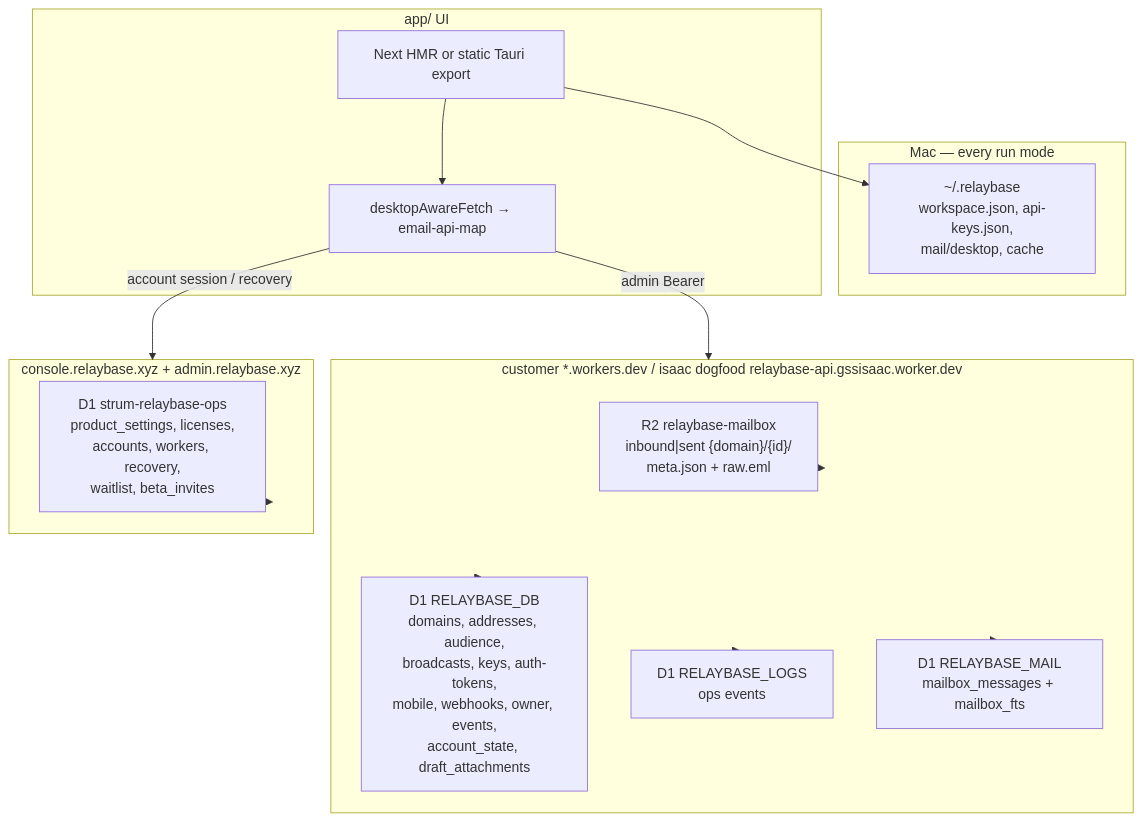
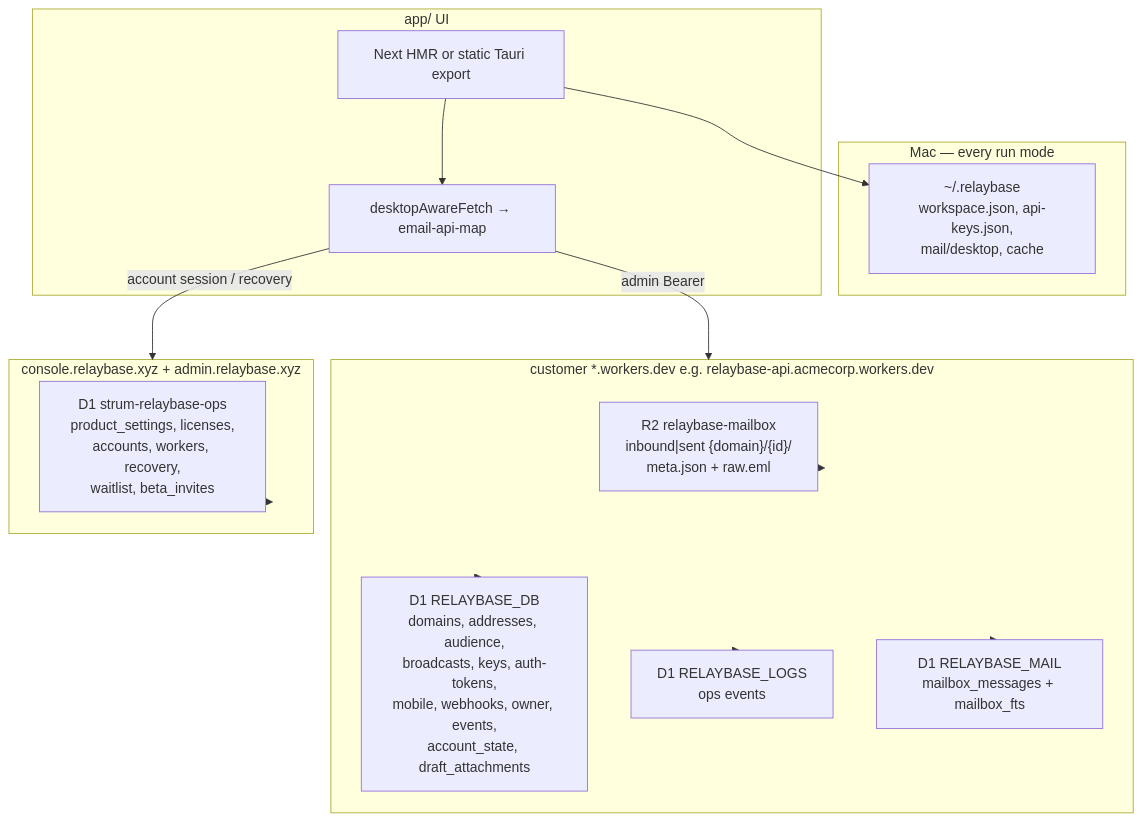
One commit to gssisaac/relaybase changed the diagram in docs/architecture/storage-architecture.md. Above: the diagram before and after it, drawn with Mermaid. The commit also changed 31 other files, not shown here.

````diff
--- a/docs/architecture/storage-architecture.md
+++ b/docs/architecture/storage-architecture.md
@@ -26,28 +26,28 @@
 ```mermaid
 flowchart TB
   subgraph local [Mac — every run mode]
     Home["~/.relaybase\nworkspace.json, api-keys.json,\nmail/desktop, cache"]
   end
   subgraph client [app/ UI]
     UI["Next HMR or static Tauri export"]
     Fetch["desktopAwareFetch → email-api-map"]
   end
-  subgraph worker [customer *.workers.dev / isaac dogfood relaybase-api.gssisaac.worker.dev]
+  subgraph worker [customer *.workers.dev e.g. relaybase-api.acmecorp.workers.dev]
     R2["R2 relaybase-mailbox\ninbound|sent {domain}/{id}/\nmeta.json + raw.eml"]
     D1App["D1 RELAYBASE_DB\ndomains, addresses, audience,\nbroadcasts, keys, auth-tokens,\nmobile, webhooks, owner, events,\naccount_state, draft_attachments"]
     D1["D1 RELAYBASE_LOGS\nops events"]
     D1Mail["D1 RELAYBASE_MAIL\nmailbox_messages + mailbox_fts"]
   end
   subgraph console [console.relaybase.xyz + admin.relaybase.xyz]
     HqD1["D1 strum-relaybase-ops\nproduct_settings, licenses,\naccounts, workers, recovery,\nwaitlist, beta_invites"]
   end
   UI --> Fetch
   Fetch -->|"admin Bearer"| worker
   Fetch -->|"account session / recovery"| console
   UI --> Home
   worker --> R2
   worker --> D1App
   worker --> D1
   worker --> D1Mail
   console --> HqD1
 ```
````
